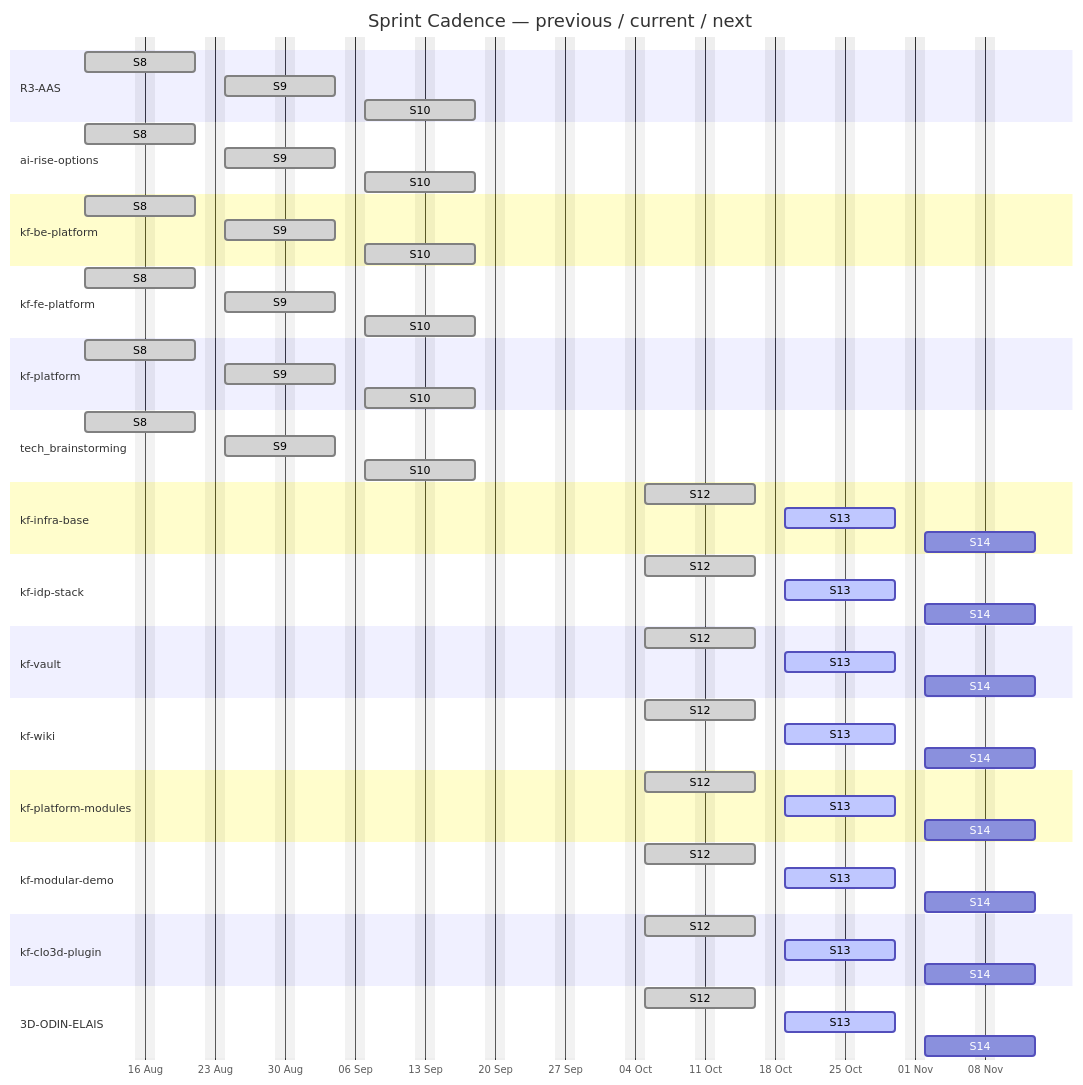
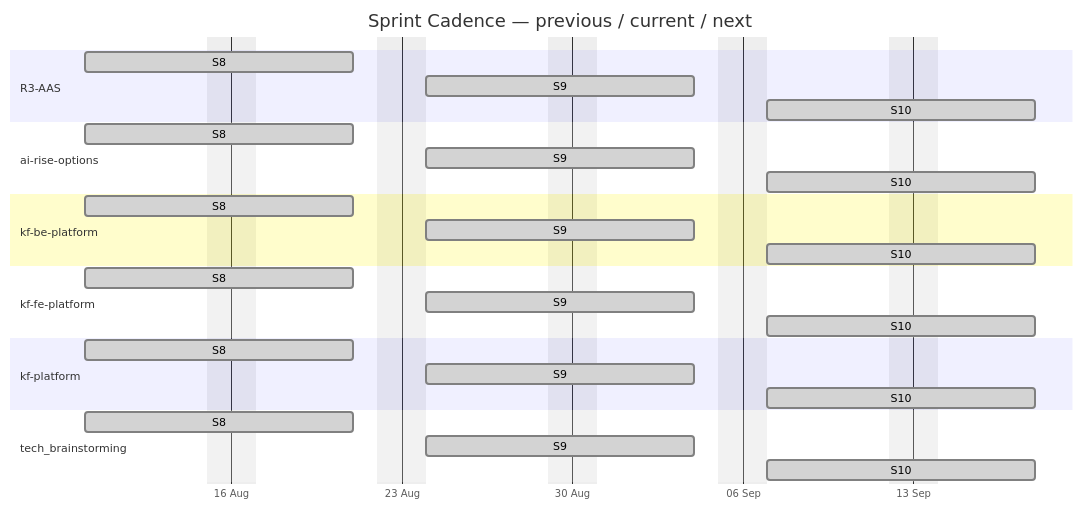
One commit to Katty-Fashion/kf-cpto changed the first of 4 diagrams in docs/agile-sprints.md. Above: the diagram before and after it, drawn with Mermaid. The commit also changed other lines of this file and 17 other files, not shown here.

````diff
--- a/docs/agile-sprints.md
+++ b/docs/agile-sprints.md
@@ -12,64 +12,32 @@
 ```mermaid
 gantt
     title Sprint Cadence — previous / current / next
     dateFormat YYYY-MM-DD
     axisFormat %d %b
     excludes weekends
 
     section R3-AAS
     S8 :done, 2026-08-10, 2026-08-21
     S9 :done, 2026-08-24, 2026-09-04
     S10 :done, 2026-09-07, 2026-09-18
     section ai-rise-options
     S8 :done, 2026-08-10, 2026-08-21
     S9 :done, 2026-08-24, 2026-09-04
     S10 :done, 2026-09-07, 2026-09-18
     section kf-be-platform
     S8 :done, 2026-08-10, 2026-08-21
     S9 :done, 2026-08-24, 2026-09-04
     S10 :done, 2026-09-07, 2026-09-18
     section kf-fe-platform
     S8 :done, 2026-08-10, 2026-08-21
     S9 :done, 2026-08-24, 2026-09-04
     S10 :done, 2026-09-07, 2026-09-18
     section kf-platform
     S8 :done, 2026-08-10, 2026-08-21
     S9 :done, 2026-08-24, 2026-09-04
     S10 :done, 2026-09-07, 2026-09-18
     section tech_brainstorming
     S8 :done, 2026-08-10, 2026-08-21
     S9 :done, 2026-08-24, 2026-09-04
     S10 :done, 2026-09-07, 2026-09-18
-    section kf-infra-base
-    S12 :done, 2026-10-05, 2026-10-16
-    S13 :active, 2026-10-19, 2026-10-30
-    S14 :2026-11-02, 2026-11-13
-    section kf-idp-stack
-    S12 :done, 2026-10-05, 2026-10-16
-    S13 :active, 2026-10-19, 2026-10-30
-    S14 :2026-11-02, 2026-11-13
-    section kf-vault
-    S12 :done, 2026-10-05, 2026-10-16
-    S13 :active, 2026-10-19, 2026-10-30
-    S14 :2026-11-02, 2026-11-13
-    section kf-wiki
-    S12 :done, 2026-10-05, 2026-10-16
-    S13 :active, 2026-10-19, 2026-10-30
-    S14 :2026-11-02, 2026-11-13
-    section kf-platform-modules
-    S12 :done, 2026-10-05, 2026-10-16
-    S13 :active, 2026-10-19, 2026-10-30
-    S14 :2026-11-02, 2026-11-13
-    section kf-modular-demo
-    S12 :done, 2026-10-05, 2026-10-16
-    S13 :active, 2026-10-19, 2026-10-30
-    S14 :2026-11-02, 2026-11-13
-    section kf-clo3d-plugin
-    S12 :done, 2026-10-05, 2026-10-16
-    S13 :active, 2026-10-19, 2026-10-30
-    S14 :2026-11-02, 2026-11-13
-    section 3D-ODIN-ELAIS
-    S12 :done, 2026-10-05, 2026-10-16
-    S13 :active, 2026-10-19, 2026-10-30
-    S14 :2026-11-02, 2026-11-13
 ```
````
